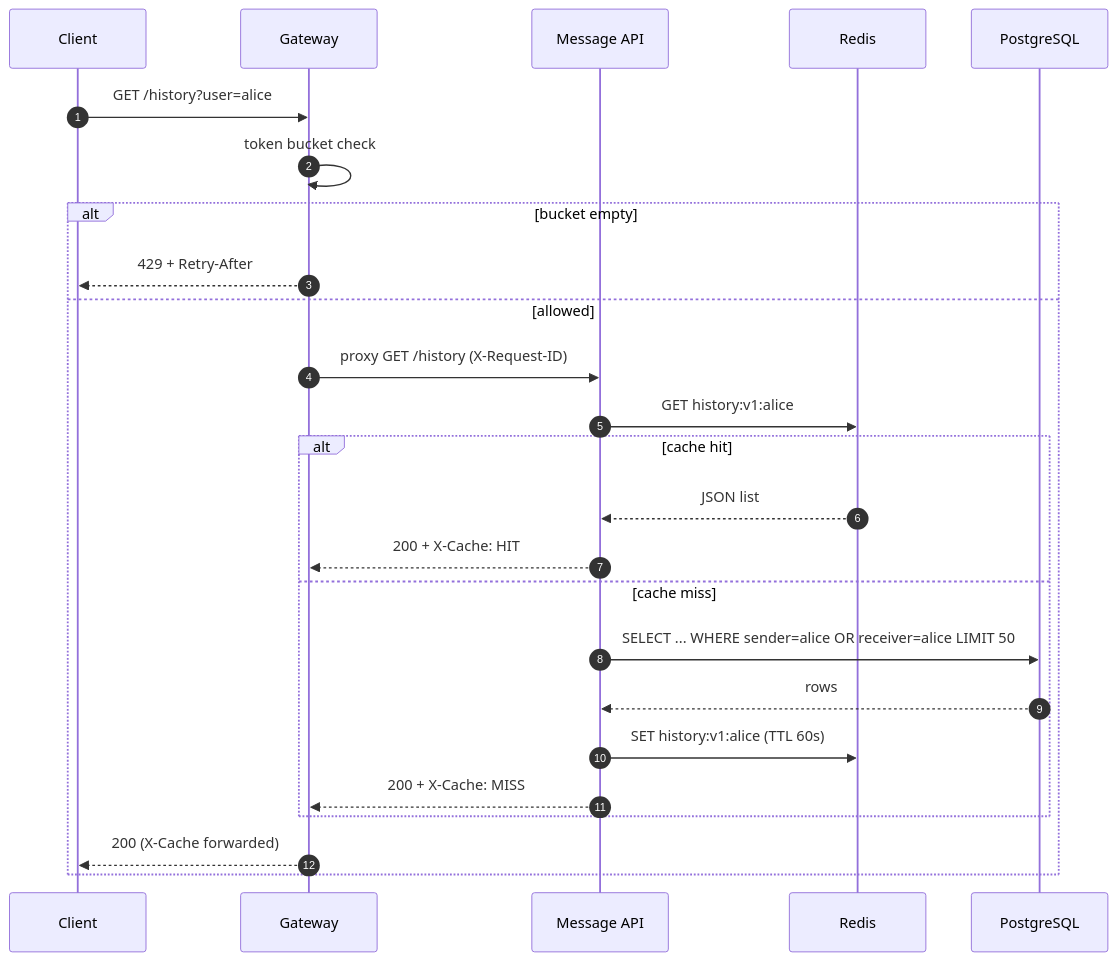
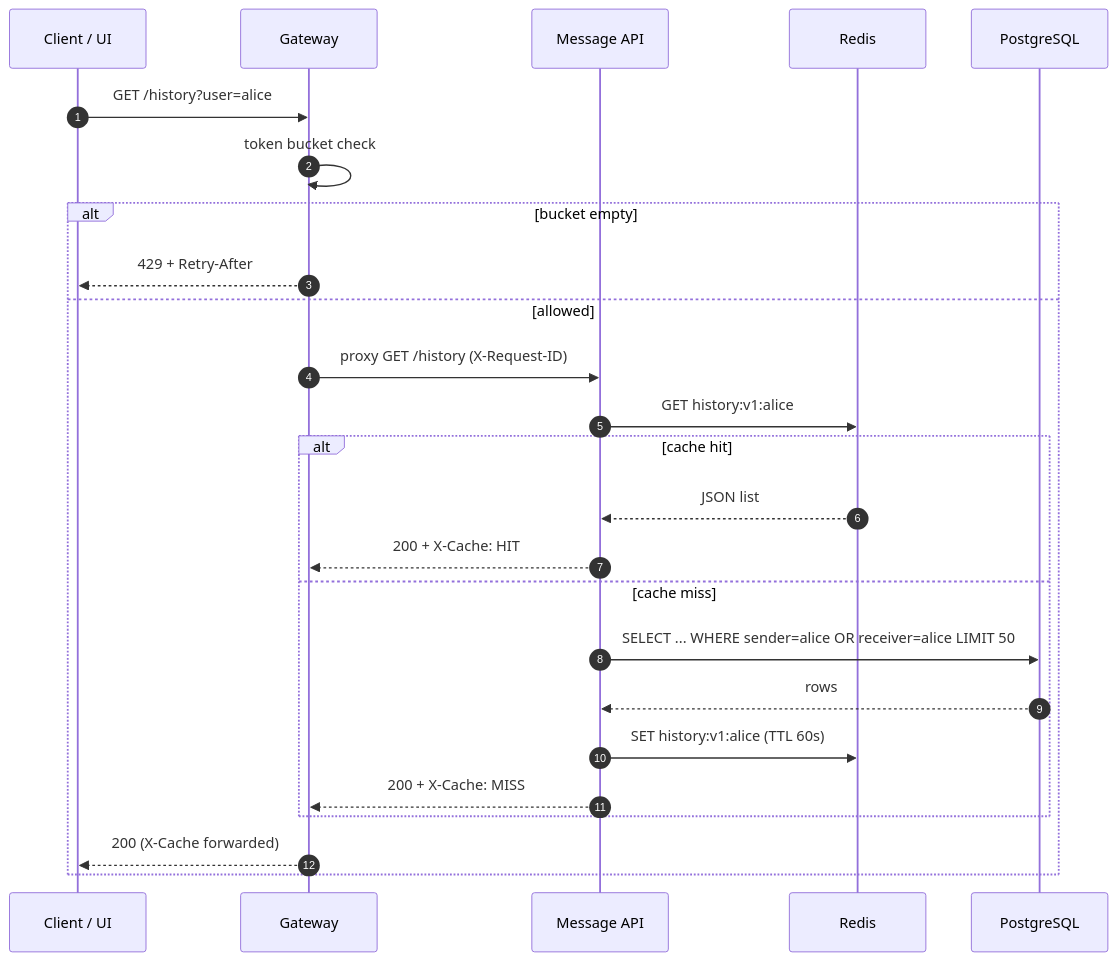
The fifth of 8 diagrams in docs/architecture.md (matangvirja/Pinghub), drawn with Mermaid before and after one commit. The commit also changed other lines of this file and 16 other files, not shown here.

````diff
--- a/docs/architecture.md
+++ b/docs/architecture.md
@@ -78,28 +166,28 @@
 ```mermaid
 sequenceDiagram
     autonumber
-    participant C as Client
+    participant C as Client / UI
     participant G as Gateway
     participant M as Message API
     participant R as Redis
     participant DB as PostgreSQL
 
     C->>G: GET /history?user=alice
     G->>G: token bucket check
     alt bucket empty
         G-->>C: 429 + Retry-After
     else allowed
         G->>M: proxy GET /history (X-Request-ID)
         M->>R: GET history:v1:alice
         alt cache hit
             R-->>M: JSON list
             M-->>G: 200 + X-Cache: HIT
         else cache miss
             M->>DB: SELECT ... WHERE sender=alice OR receiver=alice LIMIT 50
             DB-->>M: rows
             M->>R: SET history:v1:alice (TTL 60s)
             M-->>G: 200 + X-Cache: MISS
         end
         G-->>C: 200 (X-Cache forwarded)
     end
 ```
````
